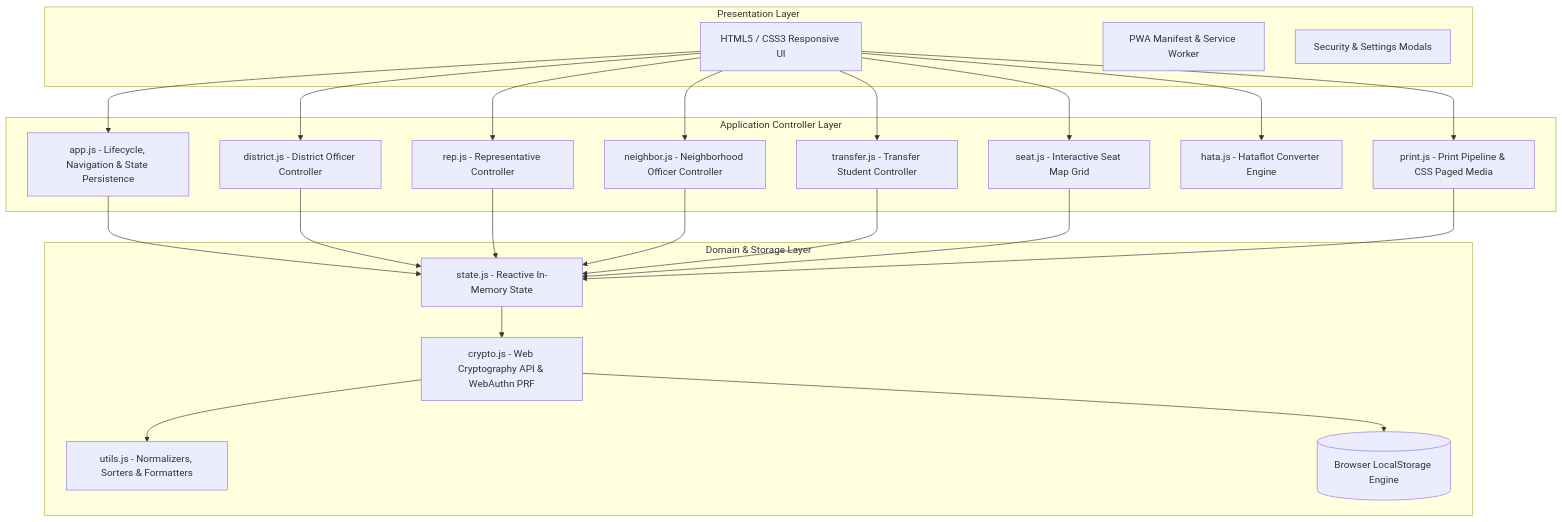
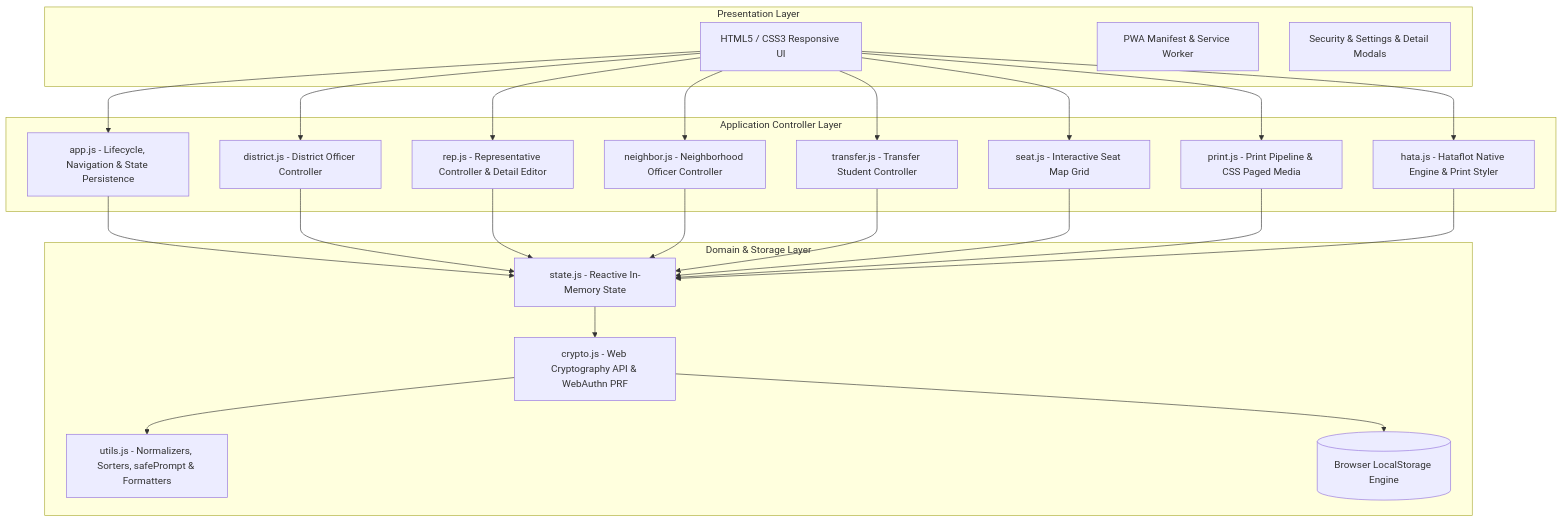
Before and after one commit to tekuteku-life/kogaidocs: the first of 4 diagrams in docs/system_design.md, drawn with Mermaid. The commit also changed other lines of this file and 19 other files, not shown here.

Commit message:
feat: standardize delete confirmations, reorganize rep card 1, add rep district modal, fix split-export guidance, and integrate hatafurotto with PoLP

````diff
--- a/docs/system_design.md
+++ b/docs/system_design.md
@@ -79,45 +87,46 @@
 ```mermaid
 graph TD
 	subgraph Presentation Layer
-		UI[HTML5 / CSS3 Responsive UI]
-		PWA[PWA Manifest & Service Worker]
-		MOD[Security & Settings Modals]
+		UI["HTML5 / CSS3 Responsive UI"]
+		PWA["PWA Manifest & Service Worker"]
+		MOD["Security & Settings & Detail Modals"]
 	end
 
 	subgraph Application Controller Layer
-		APP[app.js - Lifecycle, Navigation & State Persistence]
-		DIST[district.js - District Officer Controller]
-		REP[rep.js - Representative Controller]
-		NEIGHBOR[neighbor.js - Neighborhood Officer Controller]
-		TRANSFER[transfer.js - Transfer Student Controller]
-		SEAT[seat.js - Interactive Seat Map Grid]
-		HATA[hata.js - Hataflot Converter Engine]
-		PRINT[print.js - Print Pipeline & CSS Paged Media]
+		APP["app.js - Lifecycle, Navigation & State Persistence"]
+		DIST["district.js - District Officer Controller"]
+		REP["rep.js - Representative Controller & Detail Editor"]
+		NEIGHBOR["neighbor.js - Neighborhood Officer Controller"]
+		TRANSFER["transfer.js - Transfer Student Controller"]
+		SEAT["seat.js - Interactive Seat Map Grid"]
+		HATA["hata.js - Hataflot Native Engine & Print Styler"]
+		PRINT["print.js - Print Pipeline & CSS Paged Media"]
 	end
 
 	subgraph Domain & Storage Layer
-		STATE[state.js - Reactive In-Memory State]
-		CRYPTO[crypto.js - Web Cryptography API & WebAuthn PRF]
-		UTILS[utils.js - Normalizers, Sorters & Formatters]
-		STORAGE[(Browser LocalStorage Engine)]
+		STATE["state.js - Reactive In-Memory State"]
+		CRYPTO["crypto.js - Web Cryptography API & WebAuthn PRF"]
+		UTILS["utils.js - Normalizers, Sorters, safePrompt & Formatters"]
+		STORAGE[("Browser LocalStorage Engine")]
 	end
 
 	UI --> APP
 	UI --> DIST
 	UI --> REP
 	UI --> NEIGHBOR
 	UI --> TRANSFER
 	UI --> SEAT
 	UI --> PRINT
 	UI --> HATA
 	APP --> STATE
 	DIST --> STATE
 	REP --> STATE
 	NEIGHBOR --> STATE
 	TRANSFER --> STATE
 	SEAT --> STATE
 	PRINT --> STATE
+	HATA --> STATE
 	STATE --> CRYPTO
 	CRYPTO --> STORAGE
 	CRYPTO --> UTILS
 ```
````
